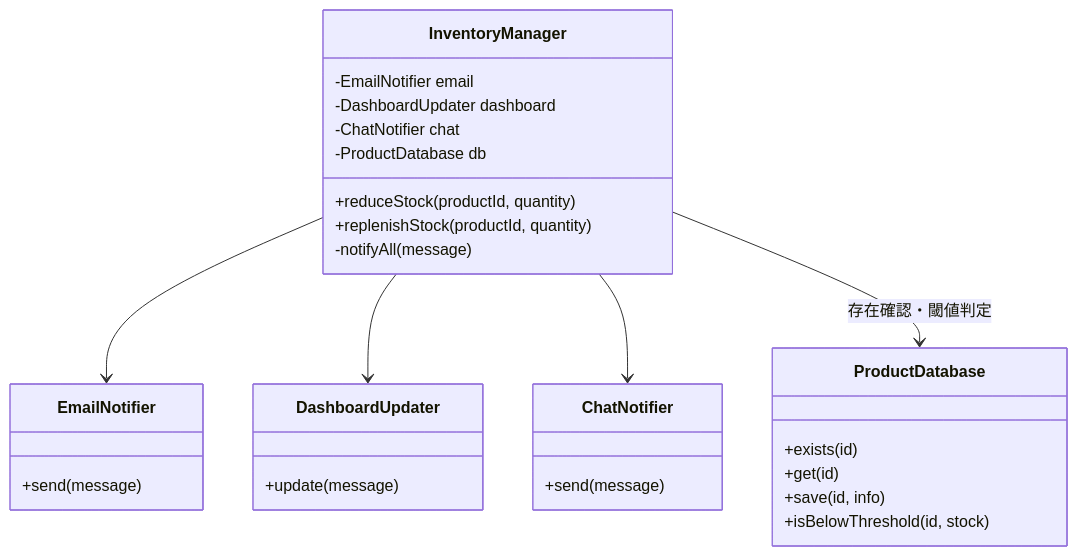
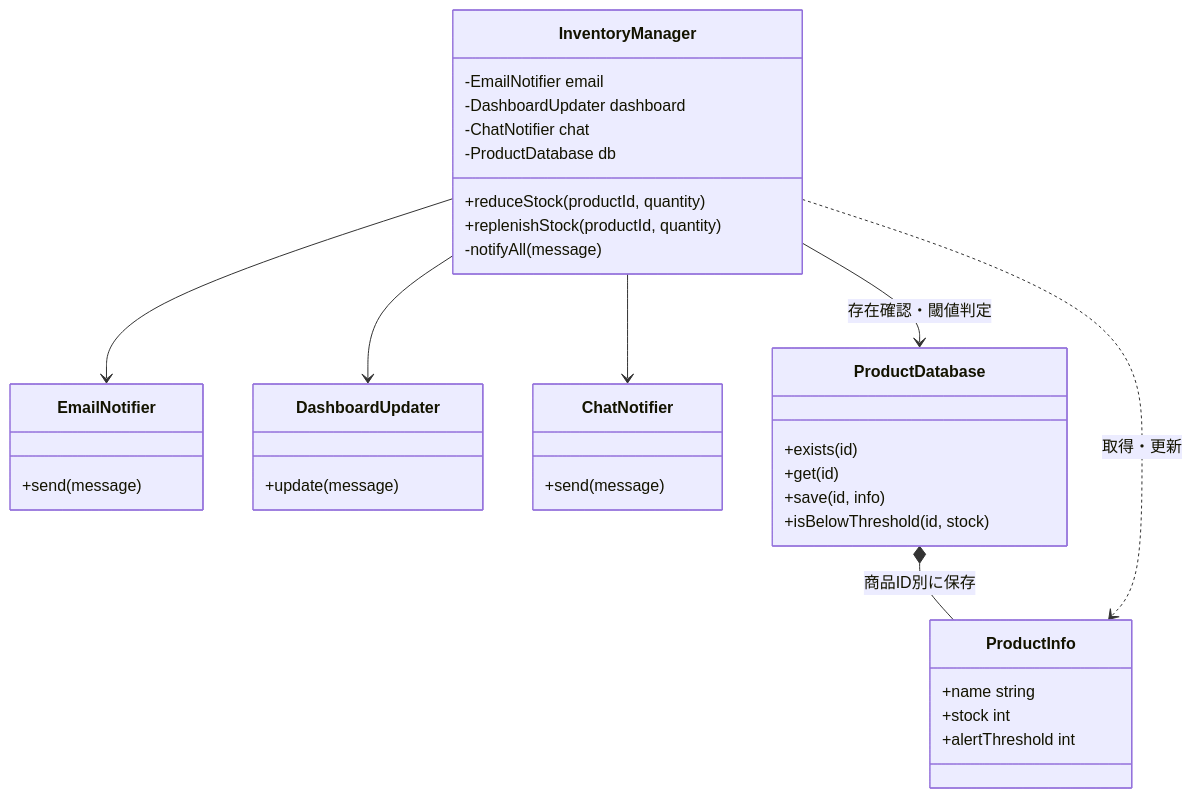
Before and after one commit to kumachan1101-pixel/DesignPattern: the third of 12 diagrams in kindle/design-patterns/output/chapter07.md, drawn with Mermaid. The commit also changed other lines of this file and 14 other files, not shown here.

Commit message:
全章の仕様図と変更対象外基盤を整合

````diff
--- a/kindle/design-patterns/output/chapter07.md
+++ b/kindle/design-patterns/output/chapter07.md
@@ -172,32 +174,39 @@
 ```mermaid
 classDiagram
     class InventoryManager {
         -EmailNotifier email
         -DashboardUpdater dashboard
         -ChatNotifier chat
         -ProductDatabase db
         +reduceStock(productId, quantity)
         +replenishStock(productId, quantity)
         -notifyAll(message)
     }
     class EmailNotifier {
         +send(message)
     }
     class DashboardUpdater {
         +update(message)
     }
     class ChatNotifier {
         +send(message)
     }
     class ProductDatabase {
         +exists(id)
         +get(id)
         +save(id, info)
         +isBelowThreshold(id, stock)
     }
+    class ProductInfo {
+        +name string
+        +stock int
+        +alertThreshold int
+    }
     InventoryManager --> EmailNotifier
     InventoryManager --> DashboardUpdater
     InventoryManager --> ChatNotifier
     InventoryManager --> ProductDatabase : 存在確認・閾値判定
+    ProductDatabase *-- ProductInfo : 商品ID別に保存
+    InventoryManager ..> ProductInfo : 取得・更新
 
 ```
````
